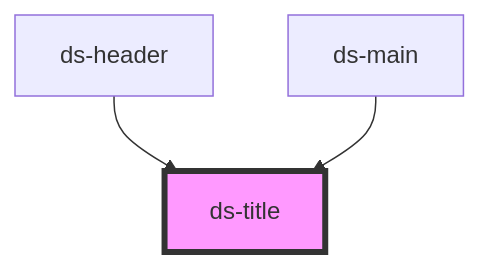
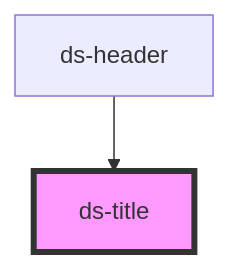
The diagram in components/core/title/readme.md (jezoock/dot-stash), drawn with Mermaid before and after one commit. The commit also changed other lines of this file and 28 other files, not shown here.

````diff
--- a/components/core/title/readme.md
+++ b/components/core/title/readme.md
@@ -27,6 +30,5 @@
 ```mermaid
 graph TD;
   ds-header --> ds-title
-  ds-main --> ds-title
   style ds-title fill:#f9f,stroke:#333,stroke-width:4px
 ```
````
